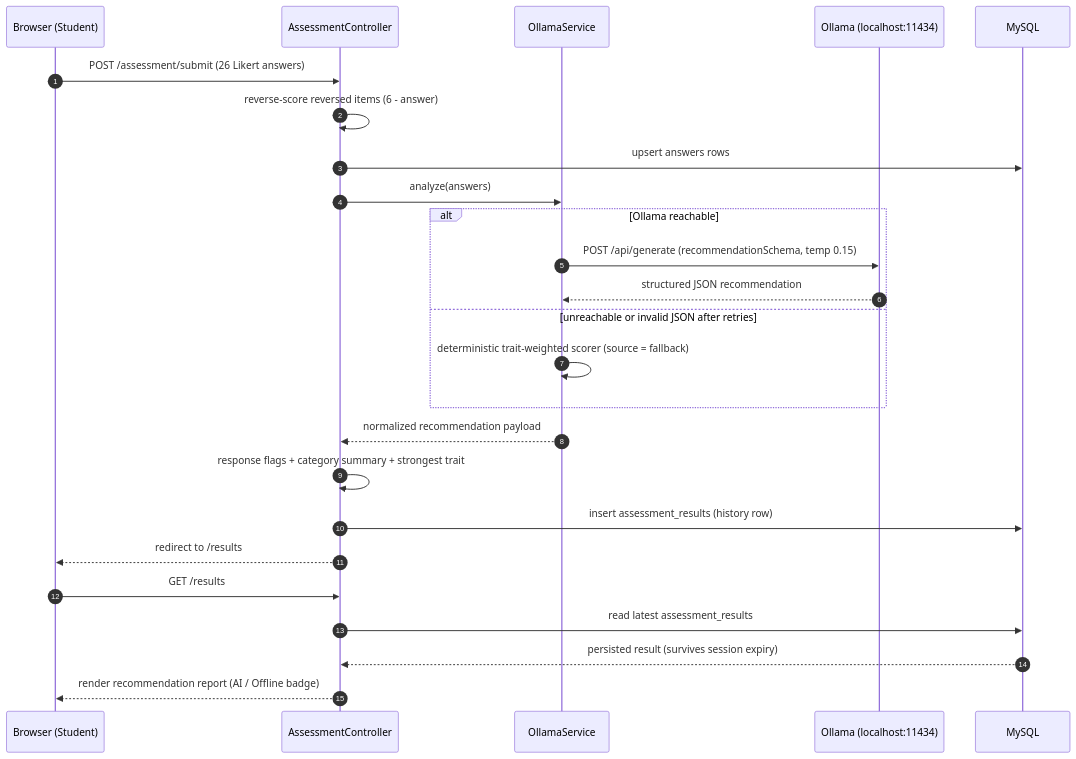
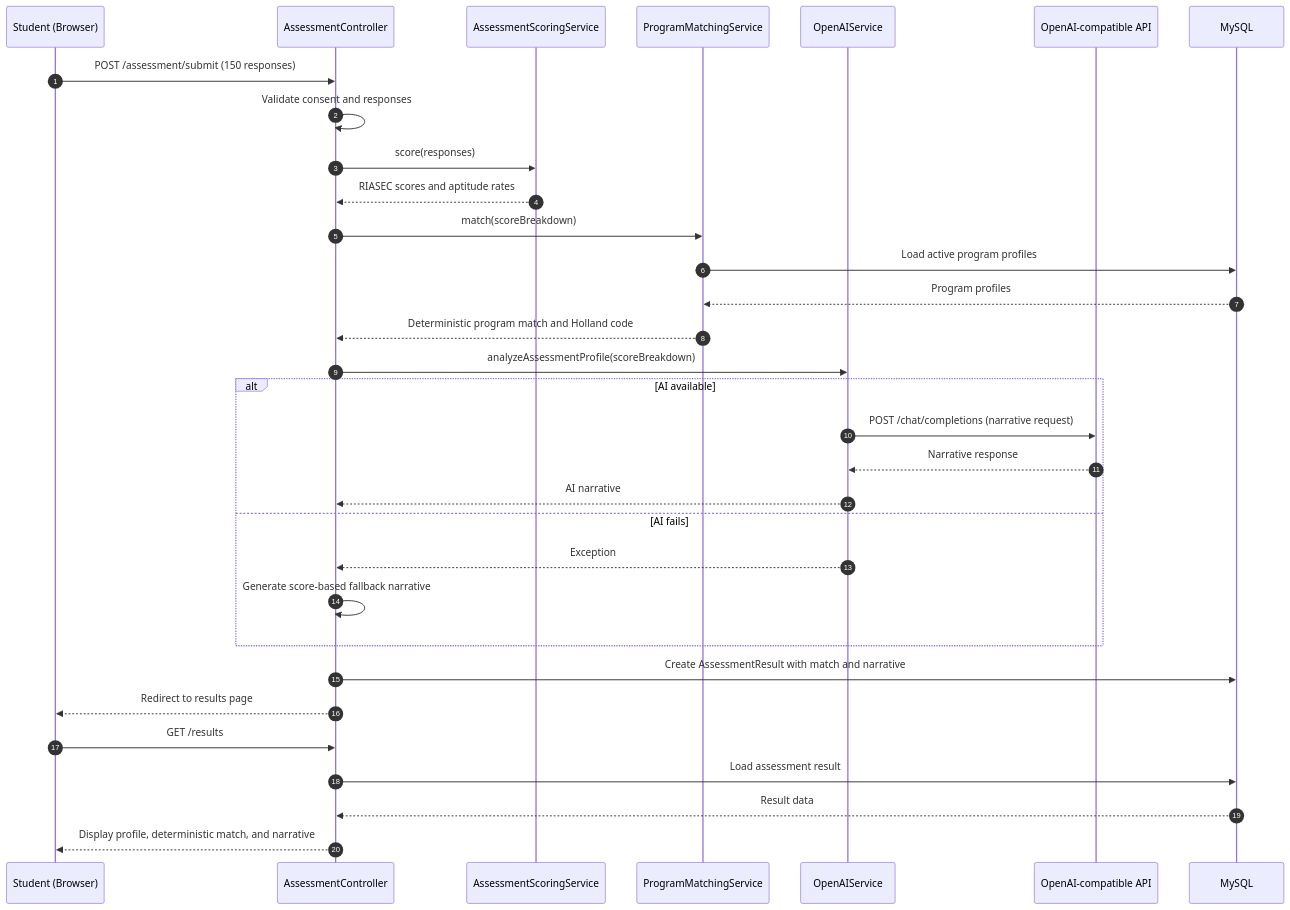
Before and after one commit to natsuck/aguhonai: the diagram in docs/thesis-diagrams/13-sequence-assessment.md, drawn with Mermaid. The commit also changed other lines of this file and 20 other files, not shown here.

Commit message:
added diagrams

````diff
--- a/docs/thesis-diagrams/13-sequence-assessment.md
+++ b/docs/thesis-diagrams/13-sequence-assessment.md
@@ -3,28 +3,35 @@
 ```mermaid
 sequenceDiagram
     autonumber
-    participant B as Browser (Student)
+    participant S as Student (Browser)
     participant AC as AssessmentController
-    participant OS as OllamaService
-    participant OL as Ollama (localhost:11434)
+    participant AS as AssessmentScoringService
+    participant PM as ProgramMatchingService
+    participant OAI as OpenAIService
+    participant API as OpenAI-compatible API
     participant DB as MySQL
 
-    B->>AC: POST /assessment/submit (26 Likert answers)
-    AC->>AC: reverse-score reversed items (6 - answer)
-    AC->>DB: upsert answers rows
-    AC->>OS: analyze(answers)
-    alt Ollama reachable
-        OS->>OL: POST /api/generate (recommendationSchema, temp 0.15)
-        OL-->>OS: structured JSON recommendation
-    else unreachable or invalid JSON after retries
-        OS->>OS: deterministic trait-weighted scorer (source = fallback)
+    S->>AC: POST /assessment/submit (150 responses)
+    AC->>AC: Validate consent and responses
+    AC->>AS: score(responses)
+    AS-->>AC: RIASEC scores and aptitude rates
+    AC->>PM: match(scoreBreakdown)
+    PM->>DB: Load active program profiles
+    DB-->>PM: Program profiles
+    PM-->>AC: Deterministic program match and Holland code
+    AC->>OAI: analyzeAssessmentProfile(scoreBreakdown)
+    alt AI available
+        OAI->>API: POST /chat/completions (narrative request)
+        API-->>OAI: Narrative response
+        OAI-->>AC: AI narrative
+    else AI fails
+        OAI-->>AC: Exception
+        AC->>AC: Generate score-based fallback narrative
     end
-    OS-->>AC: normalized recommendation payload
-    AC->>AC: response flags + category summary + strongest trait
-    AC->>DB: insert assessment_results (history row)
-    AC-->>B: redirect to /results
-    B->>AC: GET /results
-    AC->>DB: read latest assessment_results
-    DB-->>AC: persisted result (survives session expiry)
-    AC-->>B: render recommendation report (AI / Offline badge)
+    AC->>DB: Create AssessmentResult with match and narrative
+    AC-->>S: Redirect to results page
+    S->>AC: GET /results
+    AC->>DB: Load assessment result
+    DB-->>AC: Result data
+    AC-->>S: Display profile, deterministic match, and narrative
 ```
````
